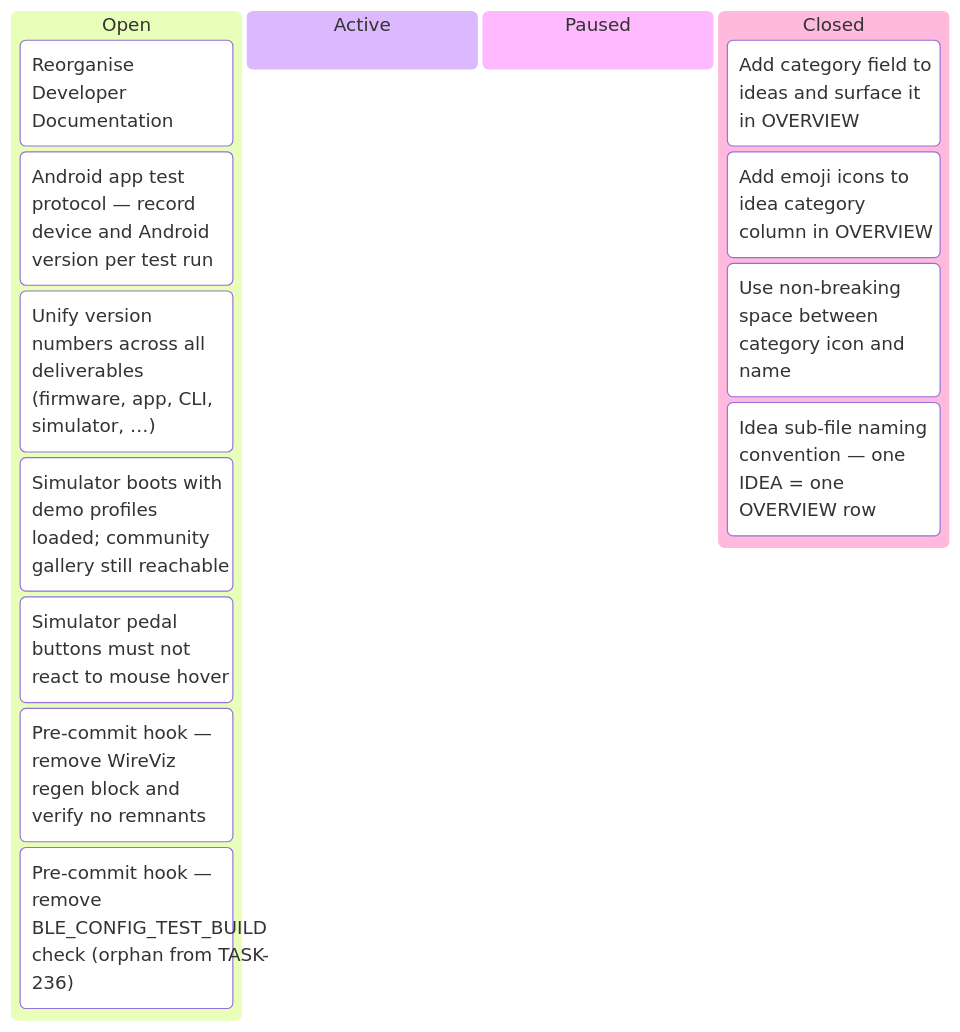
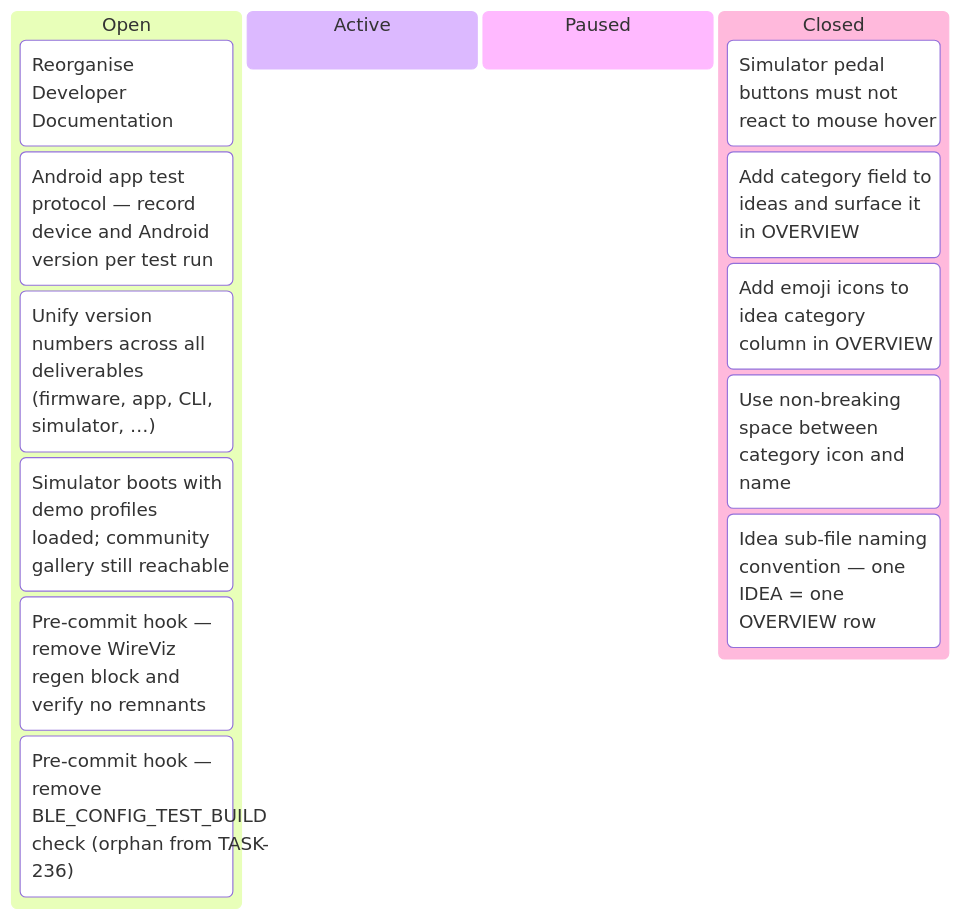
One commit to tgd1975/AwesomeStudioPedal changed the sixth of 6 diagrams in docs/developers/tasks/KANBAN.md. Above: the diagram before and after it, drawn with Mermaid. The commit also changed other lines of this file and 6 other files, not shown here.

Commit message:
close TASK-304: Simulator pedal buttons must not react to mouse hover

````diff
--- a/docs/developers/tasks/KANBAN.md
+++ b/docs/developers/tasks/KANBAN.md
@@ -88,18 +88,18 @@
 ```mermaid
 kanban
   Open
     TASK_148["Reorganise Developer Documentation"]
     TASK_259["Android app test protocol — record device and Android version per test run"]
     TASK_260["Unify version numbers across all deliverables (firmware, app, CLI, simulator, …)"]
     TASK_303["Simulator boots with demo profiles loaded; community gallery still reachable"]
-    TASK_304["Simulator pedal buttons must not react to mouse hover"]
     TASK_319["Pre-commit hook — remove WireViz regen block and verify no remnants"]
     TASK_320["Pre-commit hook — remove BLE_CONFIG_TEST_BUILD check (orphan from TASK-236)"]
   Active
   Paused
   Closed
+    TASK_304["Simulator pedal buttons must not react to mouse hover"]
     TASK_305["Add category field to ideas and surface it in OVERVIEW"]
     TASK_313["Add emoji icons to idea category column in OVERVIEW"]
     TASK_314["Use non-breaking space between category icon and name"]
     TASK_315["Idea sub-file naming convention — one IDEA = one OVERVIEW row"]
 ```
````
